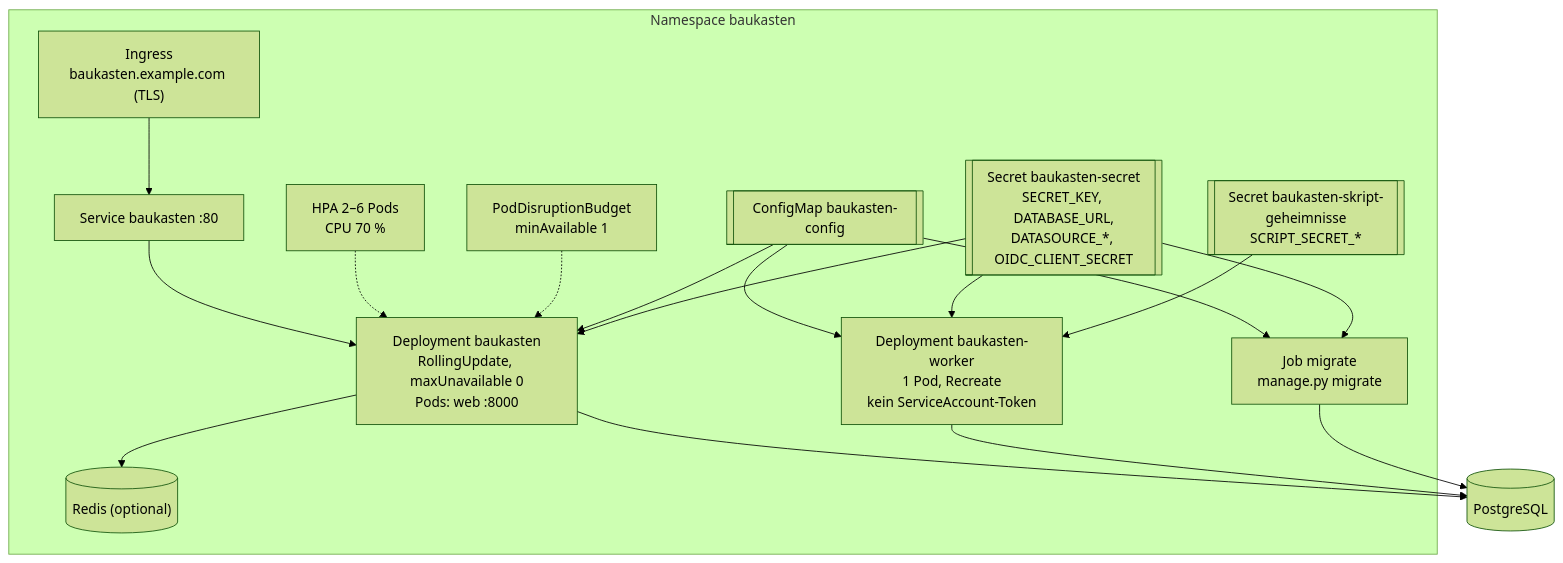
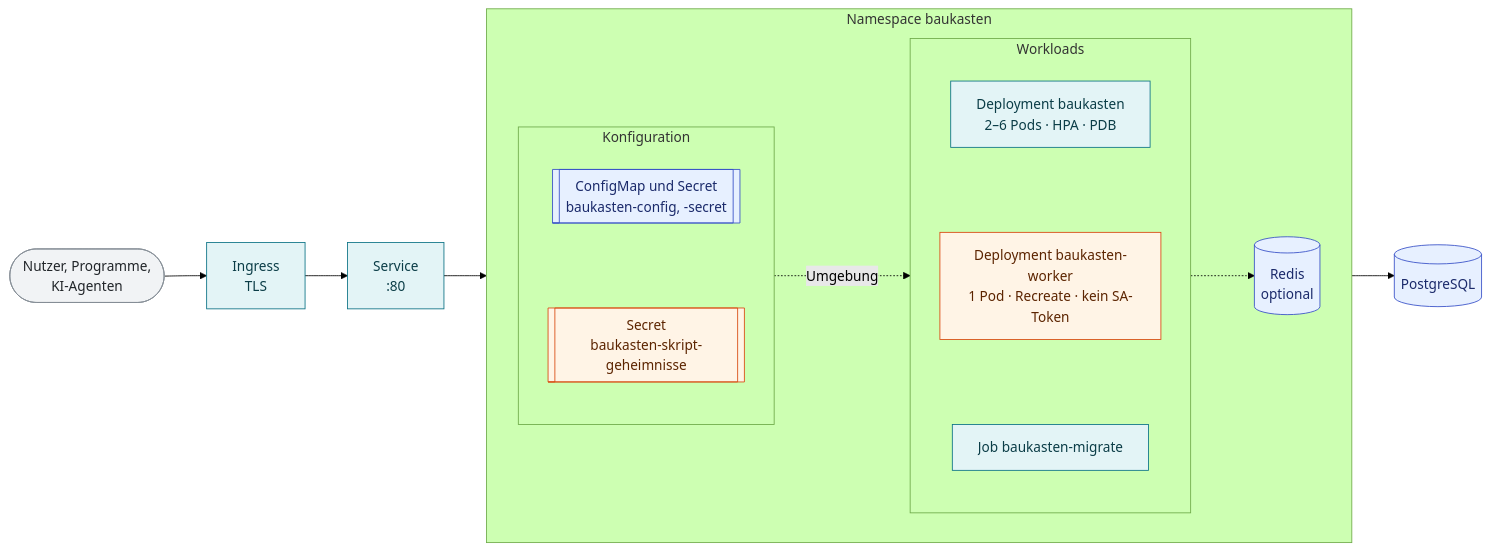
Diagram 14 of 15 in docs/TECHNISCHE_DOKUMENTATION.md (Turksat46/Baukasten), drawn with Mermaid (forest theme) before and after one commit. The commit also changed other lines of this file, not shown here.

Commit message:
Technische Dokumentation: Inhalt gegen den Code geprüft, Diagramme neu gestaltet

````diff
--- a/docs/TECHNISCHE_DOKUMENTATION.md
+++ b/docs/TECHNISCHE_DOKUMENTATION.md
@@ -600,21 +764,31 @@
 ```mermaid
-flowchart TB
+flowchart LR
+    USR(["Nutzer, Programme,<br/>KI-Agenten"]) --> ING["Ingress<br/>TLS"] --> SVC["Service<br/>:80"] --> WL
+
     subgraph NS["Namespace baukasten"]
-        ING["Ingress<br/>baukasten.example.com (TLS)"] --> SVC["Service baukasten :80"]
-        SVC --> D1["Deployment baukasten<br/>RollingUpdate, maxUnavailable 0<br/>Pods: web :8000"]
-        HPA["HPA 2–6 Pods<br/>CPU 70 %"] -.-> D1
-        PDB["PodDisruptionBudget<br/>minAvailable 1"] -.-> D1
-        D2["Deployment baukasten-worker<br/>1 Pod, Recreate<br/>kein ServiceAccount-Token"]
-        J["Job migrate<br/>manage.py migrate"]
-        CM[["ConfigMap baukasten-config"]]
-        SEC[["Secret baukasten-secret<br/>SECRET_KEY, DATABASE_URL,<br/>DATASOURCE_*, OIDC_CLIENT_SECRET"]]
-        SSEC[["Secret baukasten-skript-geheimnisse<br/>SCRIPT_SECRET_*"]]
-        R[("Redis (optional)")]
+        direction LR
+        subgraph CFGS["Konfiguration"]
+            direction TB
+            CFG[["ConfigMap und Secret<br/>baukasten-config, -secret"]] ~~~ SSEC[["Secret<br/>baukasten-skript-geheimnisse"]]
+        end
+        subgraph WL["Workloads"]
+            direction TB
+            WEB["Deployment baukasten<br/>2–6 Pods · HPA · PDB"] ~~~ WRK["Deployment baukasten-worker<br/>1 Pod · Recreate · kein SA-Token"] ~~~ JOB["Job baukasten-migrate"]
+        end
+        RD[("Redis<br/>optional")]
     end
     PG[("PostgreSQL")]
 
-    CM & SEC --> D1 & D2 & J
-    SSEC --> D2
-    D1 & D2 & J --> PG
-    D1 --> R
+    CFGS -. Umgebung .-> WL
+    WL --> PG
+    WL -.-> RD
+
+    classDef web fill:#e3f4f6,stroke:#0b7285,color:#0b3d47
+    classDef worker fill:#fff4e6,stroke:#d9480f,color:#5c2400
+    classDef data fill:#e7f0ff,stroke:#364fc7,color:#1b2a6b
+    classDef ext fill:#f1f3f5,stroke:#868e96,color:#212529
+    class ING,SVC,WEB,JOB web
+    class WRK,SSEC worker
+    class PG,RD,CFG data
+    class USR ext
 ```
````
